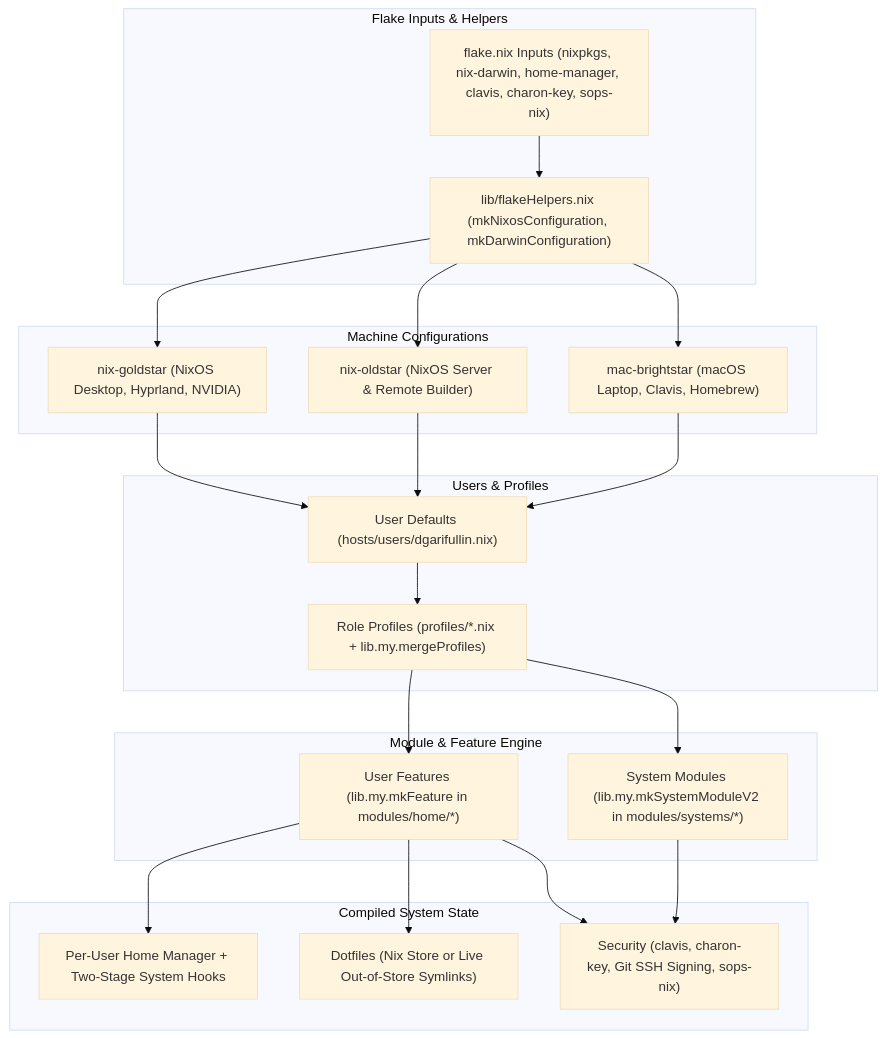
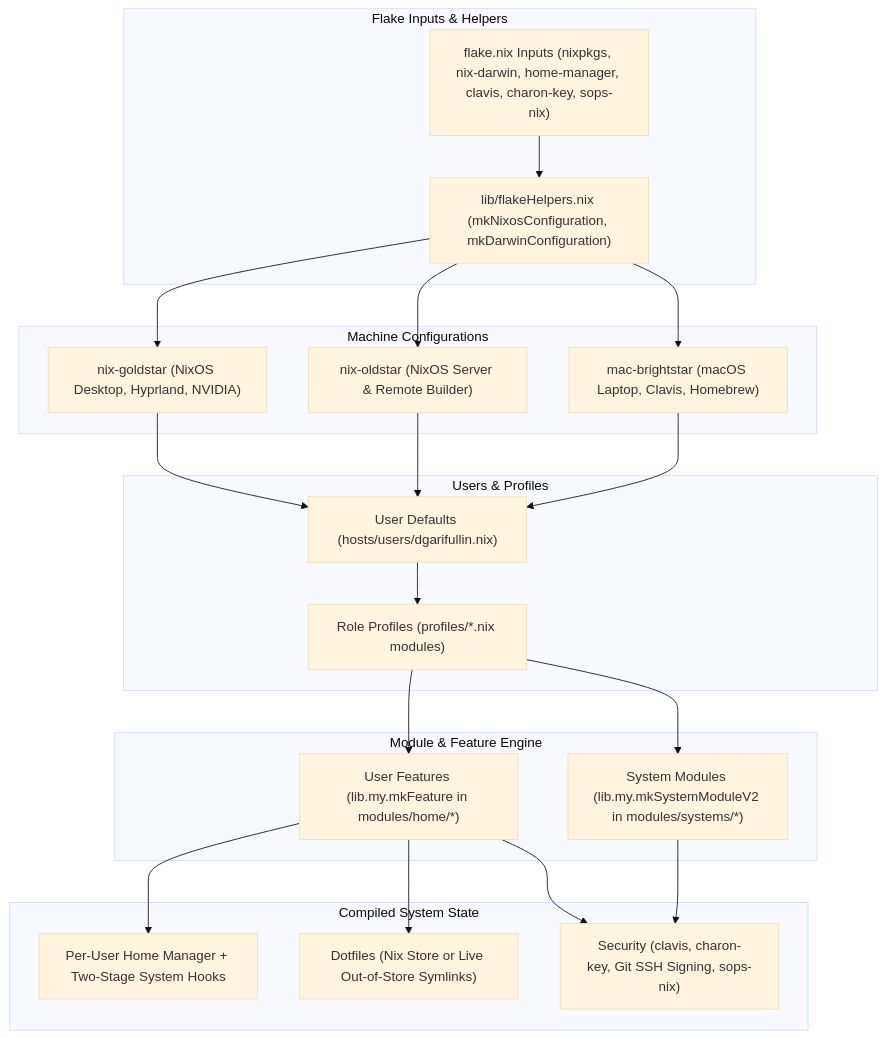
The diagram in README.md (GDR/dot), drawn with Mermaid (base theme) before and after one commit. The commit also changed other lines of this file and 11 other files, not shown here.

````diff
--- a/README.md
+++ b/README.md
@@ -63,43 +63,43 @@
 ```mermaid
 flowchart TD
     subgraph Flake ["Flake Inputs & Helpers"]
         FI["flake.nix Inputs (nixpkgs, nix-darwin, home-manager, clavis, charon-key, sops-nix)"]
         FH["lib/flakeHelpers.nix (mkNixosConfiguration, mkDarwinConfiguration)"]
         FI --> FH
     end
 
     subgraph Hosts ["Machine Configurations"]
         NG["nix-goldstar (NixOS Desktop, Hyprland, NVIDIA)"]
         NO["nix-oldstar (NixOS Server & Remote Builder)"]
         MB["mac-brightstar (macOS Laptop, Clavis, Homebrew)"]
         FH --> NG
         FH --> NO
         FH --> MB
     end
 
     subgraph Composition ["Users & Profiles"]
         UD["User Defaults (hosts/users/dgarifullin.nix)"]
-        PR["Role Profiles (profiles/*.nix + lib.my.mergeProfiles)"]
+        PR["Role Profiles (profiles/*.nix modules)"]
         NG --> UD
         NO --> UD
         MB --> UD
         UD --> PR
     end
 
     subgraph Compiler ["Module & Feature Engine"]
         MF["User Features (lib.my.mkFeature in modules/home/*)"]
         MS["System Modules (lib.my.mkSystemModuleV2 in modules/systems/*)"]
         PR --> MF
         PR --> MS
     end
 
     subgraph Runtime ["Compiled System State"]
         HM["Per-User Home Manager + Two-Stage System Hooks"]
         DF["Dotfiles (Nix Store or Live Out-of-Store Symlinks)"]
         SEC["Security (clavis, charon-key, Git SSH Signing, sops-nix)"]
         MF --> HM
         MF --> DF
         MF --> SEC
         MS --> SEC
     end
 ```
````
